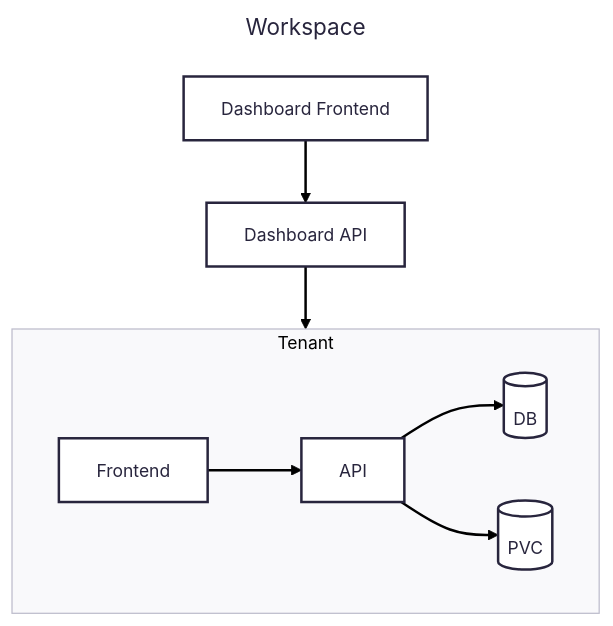
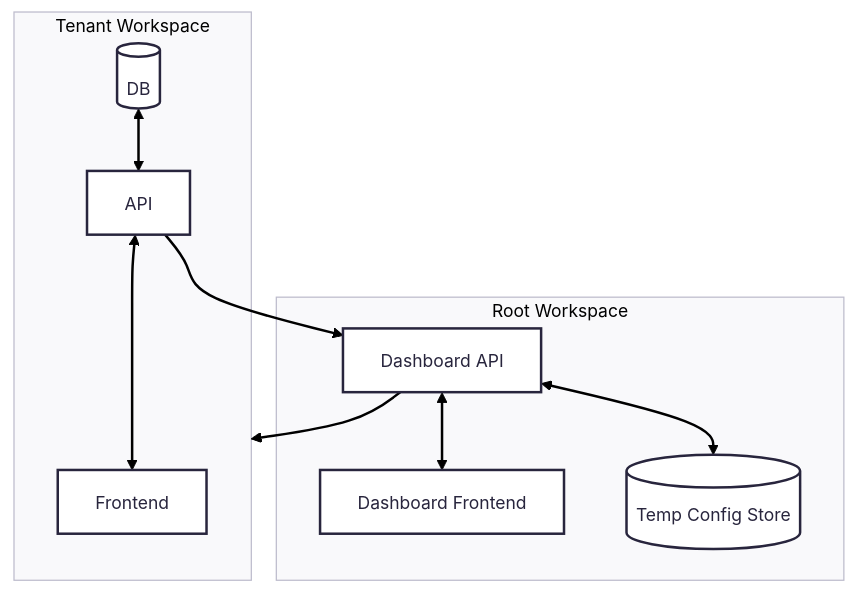
Before and after one commit to MysterionAutotronic/BachelorThesis: the diagram in mermaid/WorkspaceArchitecture.md, drawn with Mermaid. The commit also changed 4 other files, not shown here.

Commit message:
redo architecture

````diff
--- a/mermaid/WorkspaceArchitecture.md
+++ b/mermaid/WorkspaceArchitecture.md
@@ -1,23 +1,25 @@
 ```mermaid
 ---
 config:
       theme: redux
-title: Workspace
 ---
 flowchart TD
-    subgraph TENANT[Tenant]
+    subgraph TENANT[Tenant Workspace]
         FE[Frontend]
         API[API]
         DB[(DB)]
-		PVC[(PVC)]
 
-        FE --> API
-        API --> DB
-		API --> PVC
+        API <--> FE
+        DB <--> API
     end
-    FEDASH[Dashboard Frontend]
-    DASHAPI[Dashboard API]
+    subgraph ROOT[Root Workspace]
+        FEDASH[Dashboard Frontend]
+        DASHAPI[Dashboard API]
+        TEMP[(Temp Config Store)]
 
-	FEDASH --> DASHAPI
+		DASHAPI <--> TEMP
+    end
+	API --> DASHAPI
+	DASHAPI <--> FEDASH
 	DASHAPI --> TENANT
 ```
````
